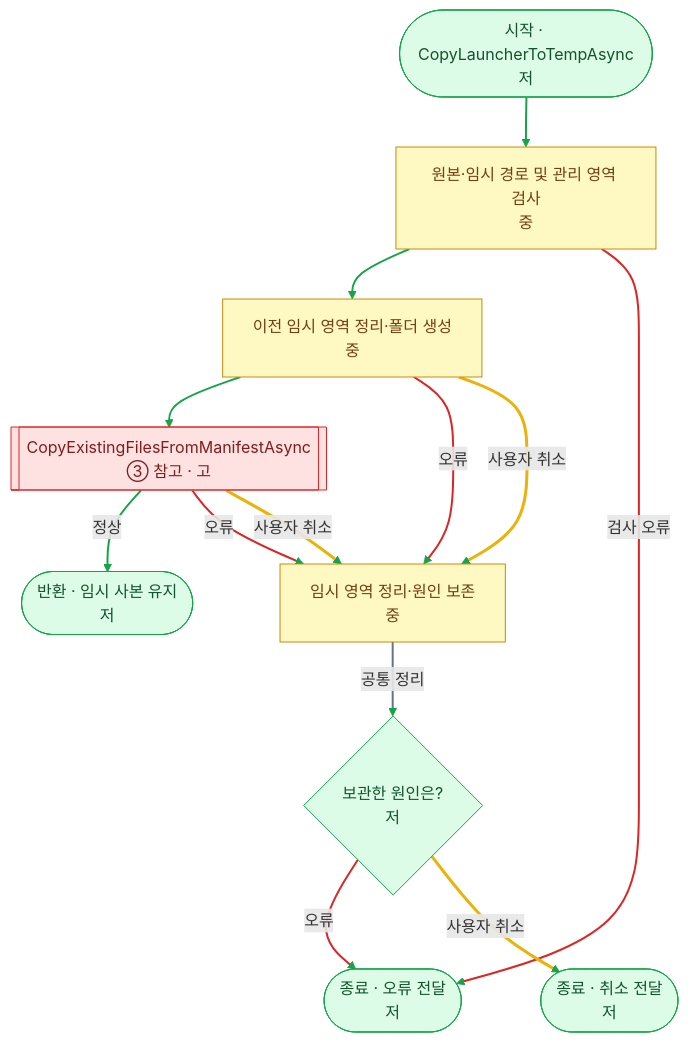
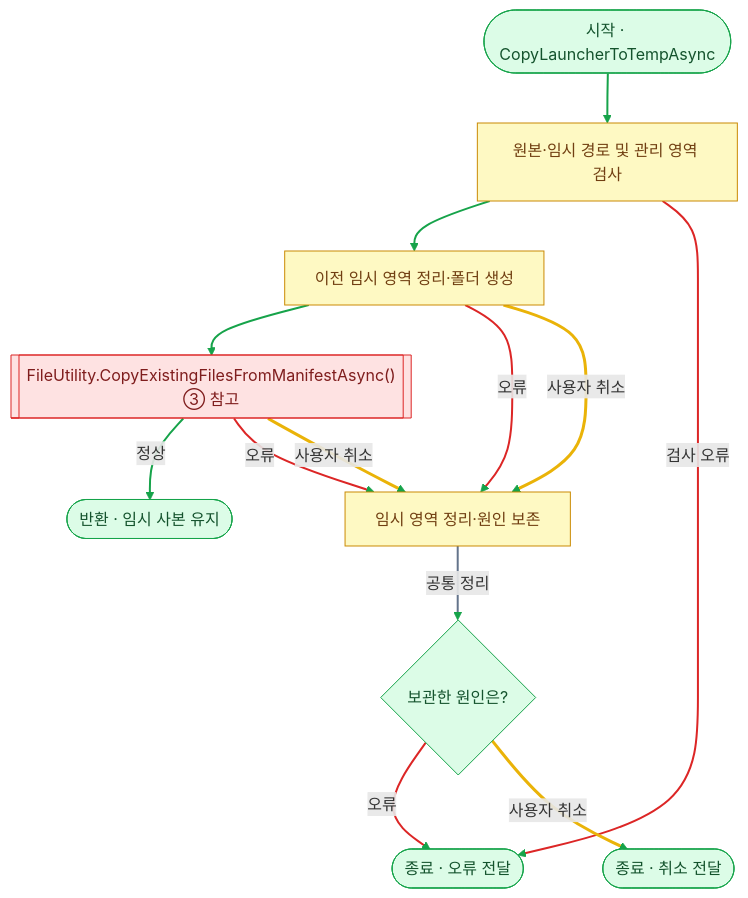
The fifth of 8 diagrams in skills/algorithm-flowchart/references/examples.md (ParkMinDev/AgentSkills), drawn with Mermaid before and after one commit. The commit also changed other lines of this file and 2 other files, not shown here.

Commit message:
Improve flowchart function titles and visibility notation

````diff
--- a/skills/algorithm-flowchart/references/examples.md
+++ b/skills/algorithm-flowchart/references/examples.md
@@ -130,25 +130,25 @@
 ```mermaid
 flowchart TD
-    START(["시작 · CopyLauncherToTempAsync<br/>저"]) --> CHECK["원본·임시 경로 및 관리 영역 검사<br/>중"]
-    CHECK --> PREPARE["이전 임시 영역 정리·폴더 생성<br/>중"]
-    CHECK -->|검사 오류| ERROR(["종료 · 오류 전달<br/>저"])
-    PREPARE --> CALL[["CopyExistingFilesFromManifestAsync<br/>③ 참고 · 고"]]
-    PREPARE -->|오류| CLEAN["임시 영역 정리·원인 보존<br/>중"]
+    START(["시작 · CopyLauncherToTempAsync"]) --> CHECK["원본·임시 경로 및 관리 영역 검사"]
+    CHECK --> PREPARE["이전 임시 영역 정리·폴더 생성"]
+    CHECK -->|검사 오류| ERROR(["종료 · 오류 전달"])
+    PREPARE --> CALL[["FileUtility.CopyExistingFilesFromManifestAsync()<br/>③ 참고"]]
+    PREPARE -->|오류| CLEAN["임시 영역 정리·원인 보존"]
     PREPARE -->|사용자 취소| CLEAN
-    CALL -->|정상| DONE(["반환 · 임시 사본 유지<br/>저"])
+    CALL -->|정상| DONE(["반환 · 임시 사본 유지"])
     CALL -->|오류| CLEAN
     CALL -->|사용자 취소| CLEAN
-    CLEAN -->|공통 정리| RESULT{"보관한 원인은?<br/>저"}
+    CLEAN -->|공통 정리| RESULT{"보관한 원인은?"}
     RESULT -->|오류| ERROR
-    RESULT -->|사용자 취소| CANCEL(["종료 · 취소 전달<br/>저"])
+    RESULT -->|사용자 취소| CANCEL(["종료 · 취소 전달"])
     classDef low fill:#dcfce7,stroke:#16a34a,color:#14532d
     classDef medium fill:#fef9c3,stroke:#ca8a04,color:#713f12
     classDef high fill:#fee2e2,stroke:#dc2626,color:#7f1d1d
     class START,ERROR,DONE,RESULT,CANCEL low
     class CHECK,PREPARE,CLEAN medium
     class CALL high
     linkStyle default stroke:#16A34A,stroke-width:2px
     linkStyle 2,4,7,10 stroke:#DC2626,stroke-width:2px
     linkStyle 5,8,11 stroke:#EAB308,stroke-width:3px
     linkStyle 9 stroke:#64748B,stroke-width:2px
 ```
````
